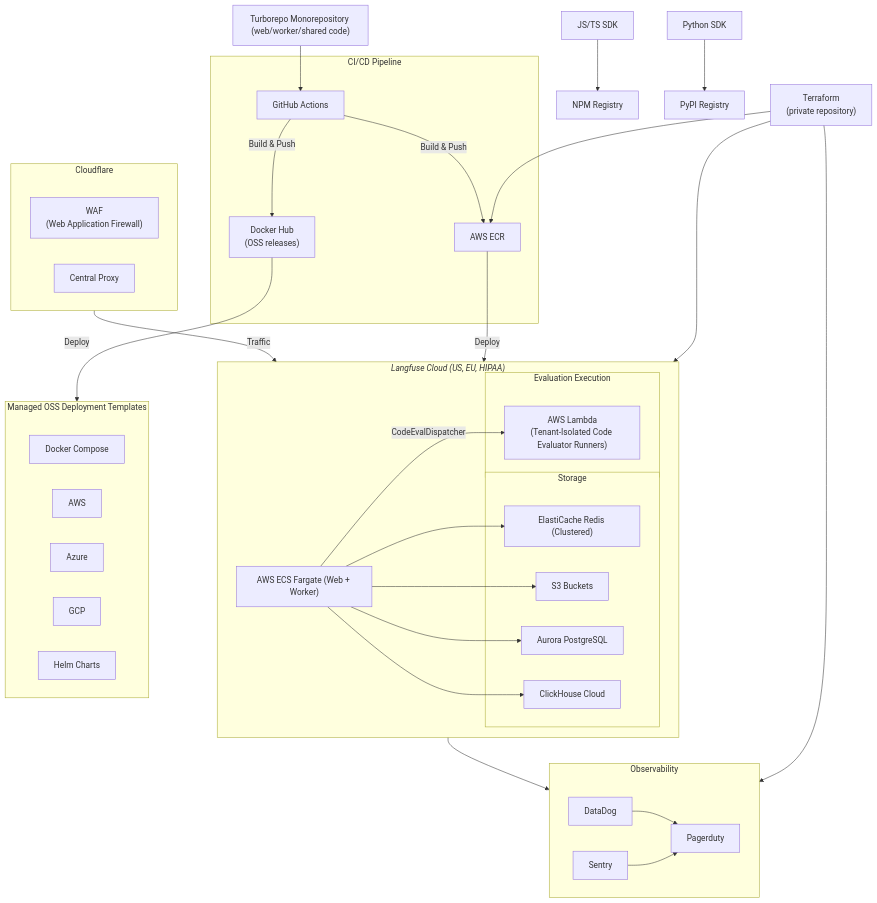
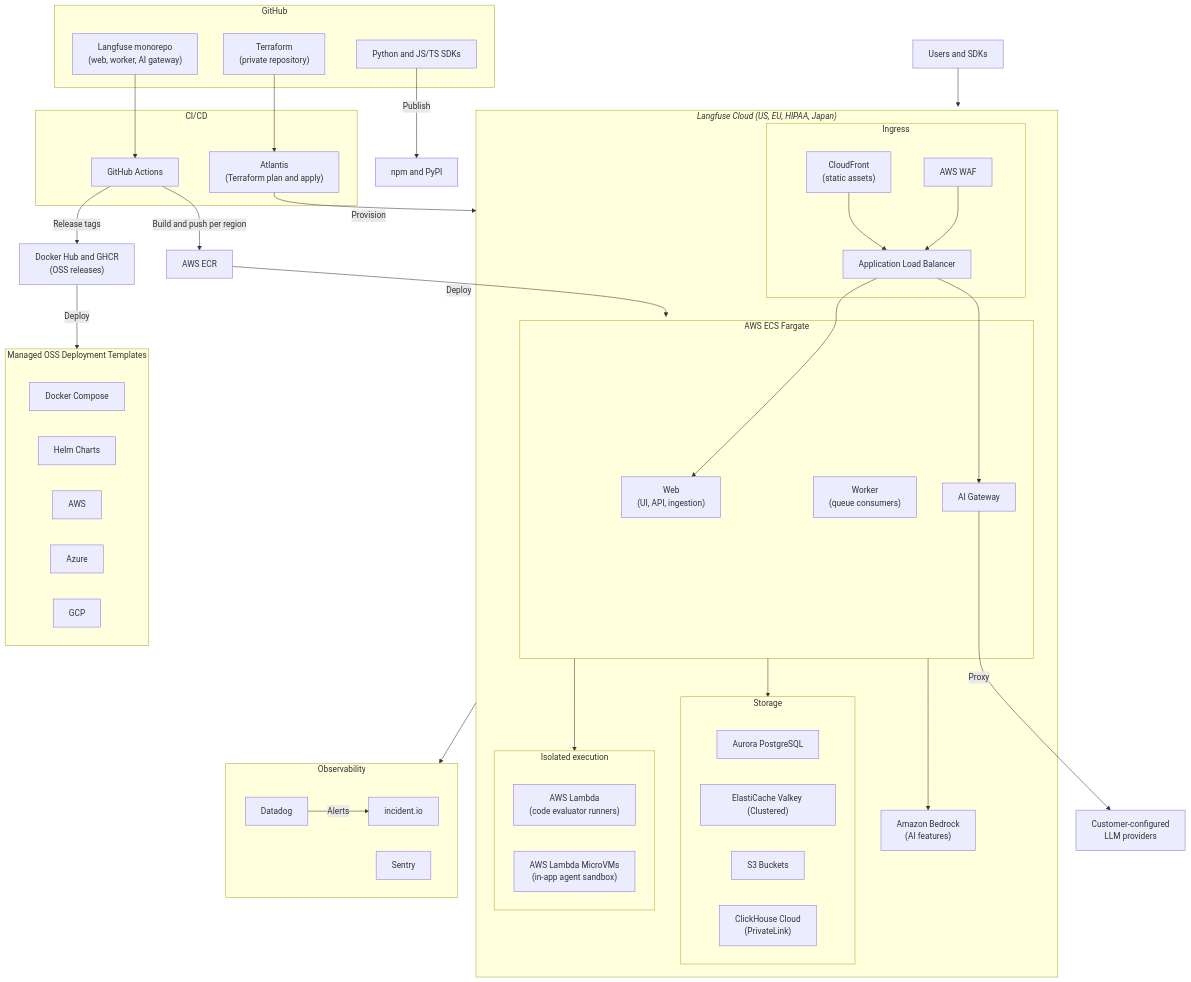
One commit to langfuse/langfuse-docs changed the fourth of 4 diagrams in content/handbook/product-engineering/architecture.mdx. Above: the diagram before and after it, drawn with Mermaid. The commit also changed other lines of this file, not shown here.

Commit message:
docs(handbook): update production architecture diagram
Redraw the production environments diagram to match the current
infrastructure and the published subprocessor list:

- Replace the Cloudflare proxy/WAF with AWS WAF on the ALB, plus
  CloudFront for static assets
- Add the Japan region and note one AWS account per region
- Split ECS into Web, Worker, and AI Gateway
- Show ElastiCache Valkey, ClickHouse Cloud over PrivateLink,
  Amazon Bedrock, and the Lambda MicroVM in-app agent sandbox
- Add Atlantis for Terraform and GHCR next to Docker Hub
- Replace PagerDuty with incident.io

````diff
--- a/content/handbook/product-engineering/architecture.mdx
+++ b/content/handbook/product-engineering/architecture.mdx
@@ -86,84 +86,81 @@
 ---
 graph TB
 
+    subgraph Code["GitHub"]
+        MR["Langfuse monorepo<br/>(web, worker, AI gateway)"]
+        SDKs["Python and JS/TS SDKs"]
+        TF["Terraform<br/>(private repository)"]
+    end
 
-    MR["Turborepo Monorepository (web/worker/shared code)"]
-    Python["Python SDK"]
-    JS["JS/TS SDK"]
-
-    NPM["NPM Registry"]
-    PYPI["PyPI Registry"]
-
-
-    JS --> NPM
-    Python --> PYPI
-
-
-    GHA["GitHub Actions"]
+    subgraph CD["CI/CD"]
+        GHA["GitHub Actions"]
+        Atlantis["Atlantis<br/>(Terraform plan and apply)"]
+    end
 
     MR --> GHA
+    TF --> Atlantis
 
-    TF["Terraform <br/>(private repository)"]
-    TF --> ECR
-    TF --> VPN
-    TF --> Observability
+    GHA -->|Build and push per region| ECR["AWS ECR"]
+    GHA -->|Release tags| Registries["Docker Hub and GHCR<br/>(OSS releases)"]
+    SDKs -->|Publish| Packages["npm and PyPI"]
 
+    Clients["Users and SDKs"] --> Ingress
 
-    subgraph CD["CI/CD Pipeline"]
-        GHA -->|Build & Push| ECR[AWS ECR]
-        GHA -->|Build & Push| DockerHub["Docker Hub<br/>(OSS releases)"]
-    end
-    ECR -->|Deploy| VPN
+    subgraph Region["<span style='display:block; width:100%; text-align:left; white-space: nowrap;'><i>Langfuse Cloud (US, EU, HIPAA, Japan)</i></span>"]
+        subgraph Ingress["Ingress"]
+            WAF["AWS WAF"] --> ALB["Application Load Balancer"]
+            CloudFront["CloudFront<br/>(static assets)"] --> ALB
+        end
 
-    subgraph CF["Cloudflare"]
-        WAF["WAF<br/>(Web Application Firewall)"]
-        Proxy["Central Proxy"]
+        subgraph ECS["AWS ECS Fargate"]
+            Web["Web<br/>(UI, API, ingestion)"]
+            Worker["Worker<br/>(queue consumers)"]
+            Gateway["AI Gateway"]
+        end
+
+        subgraph Storage["Storage"]
+            Aurora["Aurora PostgreSQL"]
+            Valkey["ElastiCache Valkey (Clustered)"]
+            S3["S3 Buckets"]
+            CH["ClickHouse Cloud<br/>(PrivateLink)"]
+        end
+
+        subgraph Isolated["Isolated execution"]
+            CodeEval["AWS Lambda<br/>(code evaluator runners)"]
+            Sandbox["AWS Lambda MicroVMs<br/>(in-app agent sandbox)"]
+        end
+
+        Bedrock["Amazon Bedrock<br/>(AI features)"]
+
+        ALB --> Web
+        ALB --> Gateway
+        ECS --> Storage
+        ECS --> Isolated
+        ECS --> Bedrock
     end
 
-    CF -->|Traffic| VPN
-
-    subgraph VPN["<span style='display:block; width:100%; text-align:left; white-space: nowrap;'><i>Langfuse Cloud (US, EU, HIPAA)</i></span>"]
-        ECS["AWS ECS Fargate (Web + Worker)"]
-
-        subgraph StorageInfra["Storage"]
-            ElastiCache["ElastiCache Redis (Clustered)"]
-            S3[S3 Buckets]
-            Aurora[Aurora PostgreSQL]
-            CH[ClickHouse Cloud]
-        end
-
-        subgraph EvaluationInfra["Evaluation Execution"]
-            Lambda["AWS Lambda<br/>(Tenant-Isolated Code Evaluator Runners)"]
-        end
-
-        ECS --> ElastiCache
-        ECS --> S3
-        ECS --> Aurora
-        ECS --> CH
-        ECS -->|CodeEvalDispatcher| Lambda
-    end
+    ECR -->|Deploy| ECS
+    Atlantis -->|Provision| Region
+    Gateway -->|Proxy| LLMs["Customer-configured<br/>LLM providers"]
 
     subgraph OSS["Managed OSS Deployment Templates"]
         direction LR
         DockerCompose["Docker Compose"]
+        HelmCharts["Helm Charts"]
         AWSCustomer["AWS"]
         AzureCustomer["Azure"]
         GCPCustomer["GCP"]
-        HelmCharts["Helm Charts"]
     end
 
-    DockerHub -->|Deploy| OSS
+    Registries -->|Deploy| OSS
 
+    subgraph Observability["Observability"]
+        Datadog
+        Sentry
+        IncidentIO["incident.io"]
 
-
-    subgraph "Observability"
-        DataDog
-        Sentry
-        Pagerduty
-
-        DataDog --> Pagerduty
-        Sentry --> Pagerduty
+        Datadog -->|Alerts| IncidentIO
     end
 
-    VPN --> Observability
+    Region --> Observability
 ```
````
